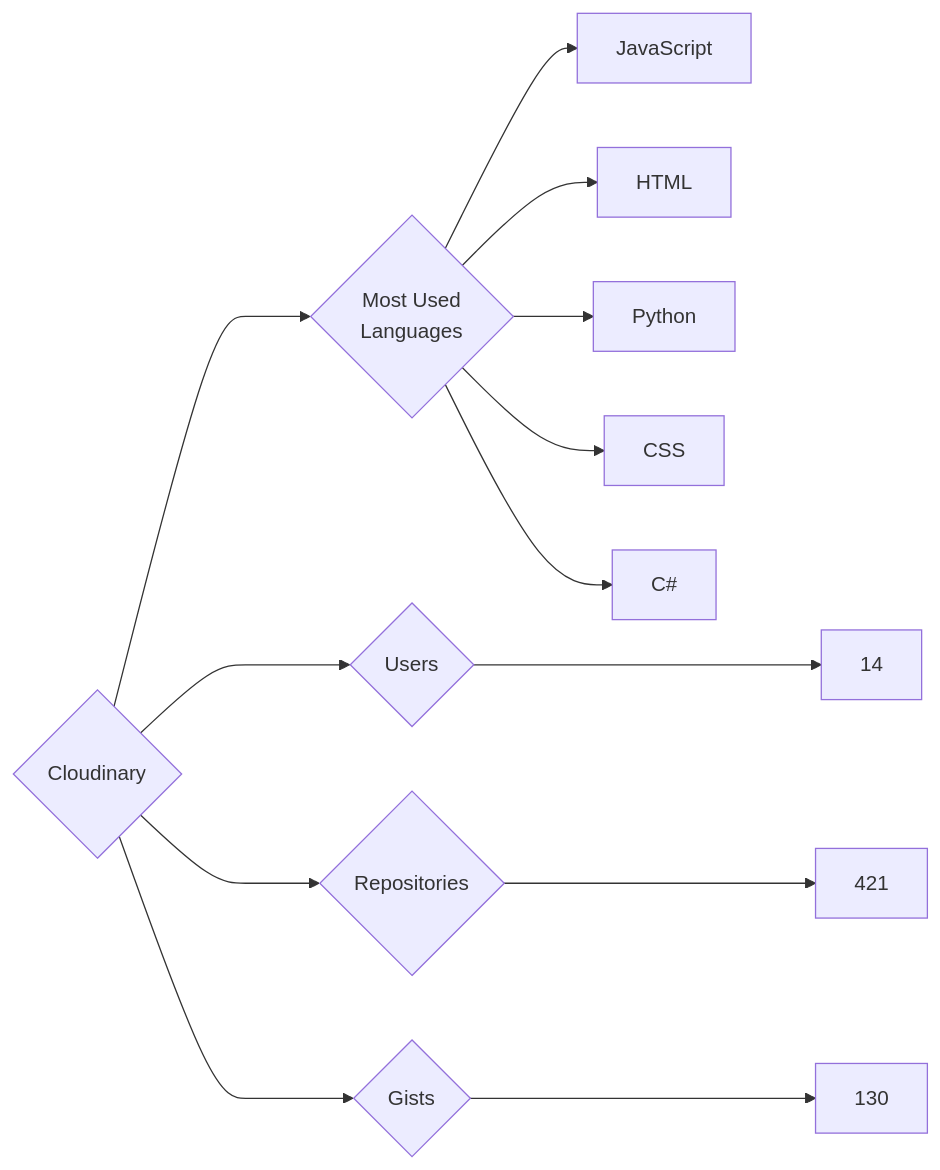
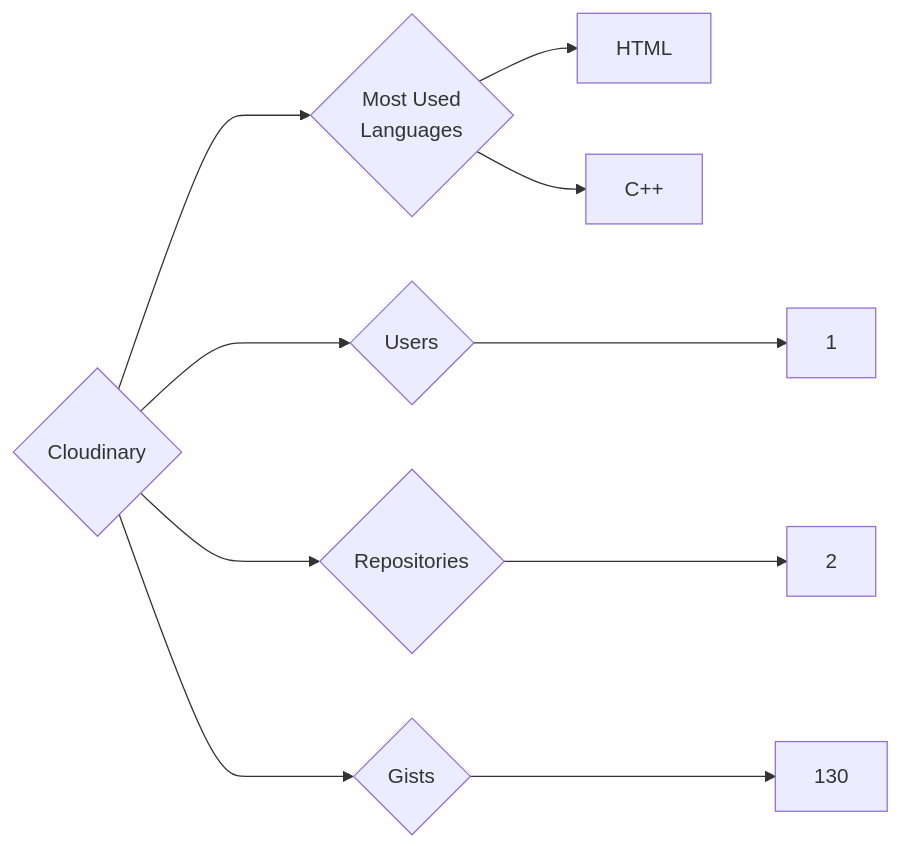
Before and after one commit to trickest/insiders: the diagram in targets/Cloudinary/README.md, drawn with Mermaid. The commit also changed 857 other files, not shown here.

````diff
--- a/targets/Cloudinary/README.md
+++ b/targets/Cloudinary/README.md
@@ -3,13 +3,10 @@
 ```mermaid
 graph LR
 COMPANY_NAME{Cloudinary}
-COMPANY_NAME ---> U{Users} ---> UN[14]
-COMPANY_NAME ---> R{Repositories} ---> RN[421]
+COMPANY_NAME ---> U{Users} ---> UN[1]
+COMPANY_NAME ---> R{Repositories} ---> RN[2]
 COMPANY_NAME ---> G{Gists} ---> GN[130]
 COMPANY_NAME ---> ML{Most Used<br>Languages}
-ML --> JavaScript[JavaScript]
 ML --> HTML[HTML]
-ML --> Python[Python]
-ML --> CSS[CSS]
-ML --> C#[C#]
+ML --> C++[C++]
 ```
````
